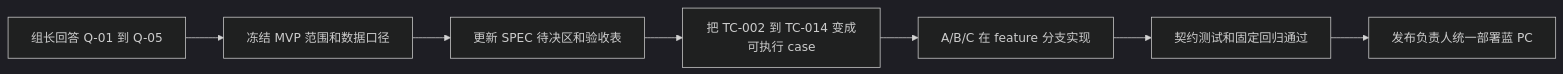
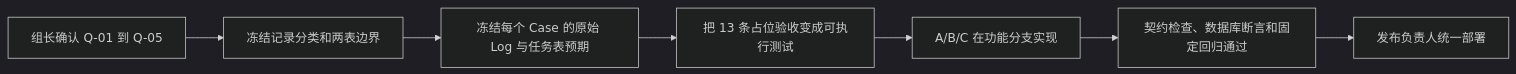
Before and after one commit to SSHOOTING/task-life-ai-assistant: the second of 2 diagrams in docs/open-questions.md, drawn with Mermaid (dark theme). The commit also changed other lines of this file and 3 other files, not shown here.

````diff
--- a/docs/open-questions.md
+++ b/docs/open-questions.md
@@ -72,9 +134,9 @@
 ```mermaid
 flowchart LR
-    A[组长回答 Q-01 到 Q-05] --> B[冻结 MVP 范围和数据口径]
-    B --> C[更新 SPEC 待决区和验收表]
-    C --> D[把 TC-002 到 TC-014 变成可执行 case]
-    D --> E[A/B/C 在 feature 分支实现]
-    E --> F[契约测试和固定回归通过]
-    F --> G[发布负责人统一部署蓝 PC]
+    A[组长确认 Q-01 到 Q-05] --> B[冻结记录分类和两表边界]
+    B --> C[冻结每个 Case 的原始 Log 与任务表预期]
+    C --> D[把 13 条占位验收变成可执行测试]
+    D --> E[A/B/C 在功能分支实现]
+    E --> F[契约检查、数据库断言和固定回归通过]
+    F --> G[发布负责人统一部署]
 ```
````
